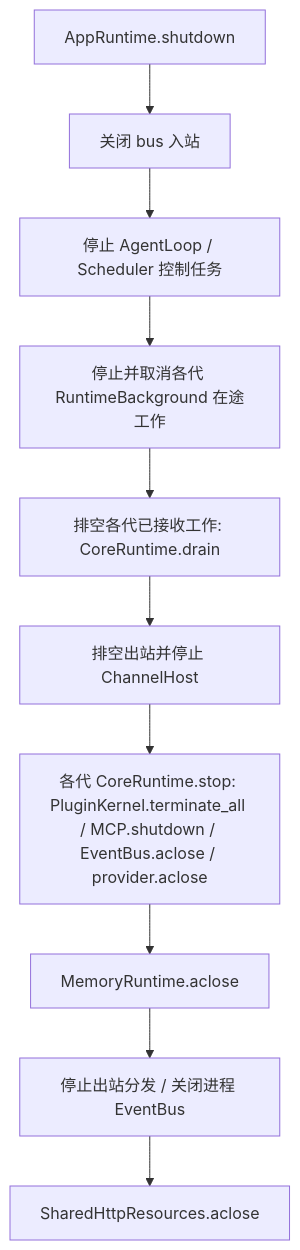
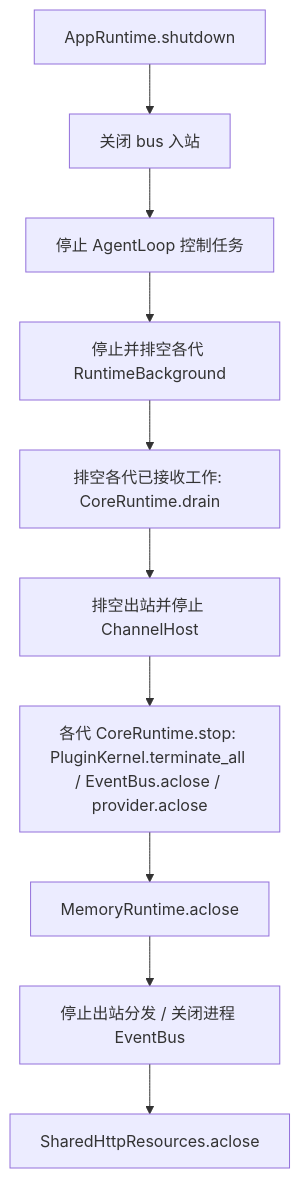
The third of 3 diagrams in docs/knowledge/architecture/current-backend.md (YinFengWindy/Shiori-Agent), drawn with Mermaid before and after one commit. The commit also changed other lines of this file and 6 other files, not shown here.

````diff
--- a/docs/knowledge/architecture/current-backend.md
+++ b/docs/knowledge/architecture/current-backend.md
@@ -136,12 +136,12 @@
 ```mermaid
 flowchart TD
   A[AppRuntime.shutdown] --> B[关闭 bus 入站]
-  B --> C[停止 AgentLoop / Scheduler 控制任务]
-  C --> D[停止并取消各代 RuntimeBackground 在途工作]
+  B --> C[停止 AgentLoop 控制任务]
+  C --> D[停止并排空各代 RuntimeBackground]
   D --> E[排空各代已接收工作: CoreRuntime.drain]
   E --> F[排空出站并停止 ChannelHost]
-  F --> G[各代 CoreRuntime.stop: PluginKernel.terminate_all / MCP.shutdown / EventBus.aclose / provider.aclose]
+  F --> G[各代 CoreRuntime.stop: PluginKernel.terminate_all / EventBus.aclose / provider.aclose]
   G --> H[MemoryRuntime.aclose]
   H --> I[停止出站分发 / 关闭进程 EventBus]
   I --> J[SharedHttpResources.aclose]
 ```
````
